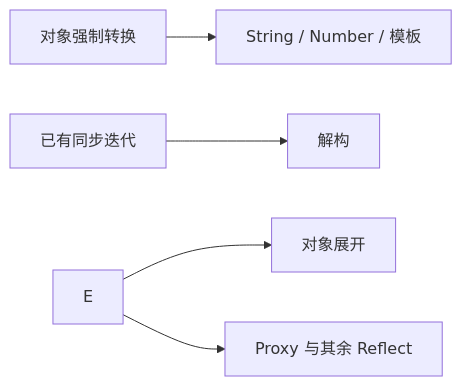
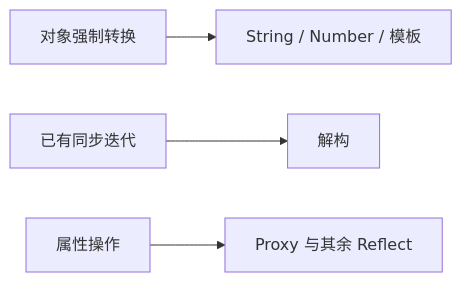
One commit to codehz/yield-js changed the diagram in docs/gaps.md. Above: the diagram before and after it, drawn with Mermaid. The commit also changed other lines of this file and 8 other files, not shown here.

````diff
--- a/docs/gaps.md
+++ b/docs/gaps.md
@@ -92,7 +93,6 @@
 ```mermaid
 flowchart LR
   C[对象强制转换] --> S[String / Number / 模板]
   I[已有同步迭代] --> D[解构]
-  E --> O[对象展开]
-  E --> R[Proxy 与其余 Reflect]
+  E[属性操作] --> R[Proxy 与其余 Reflect]
 ```
````
